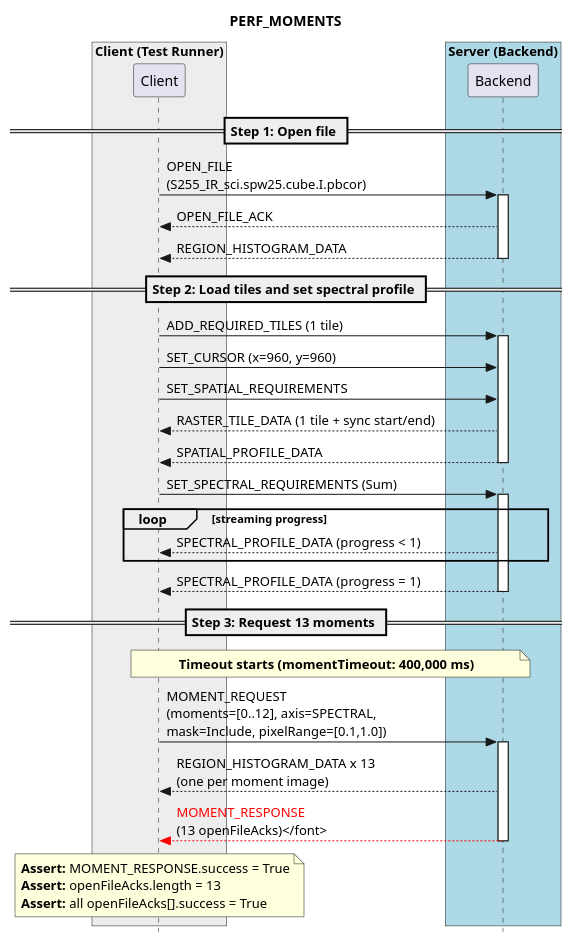
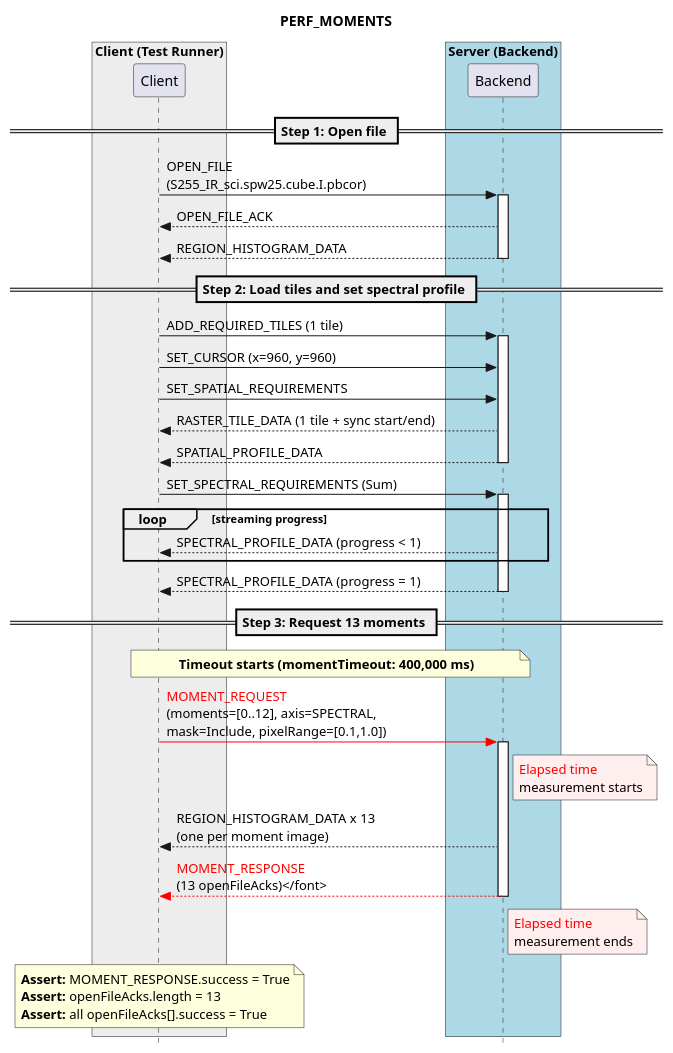
One commit to CARTAvis/ICD-RxJS changed the seventh of 9 diagrams in docs/source/performance.rst. Above: the diagram before and after it, drawn with PlantUML. The commit also changed other lines of this file, not shown here.

Commit message:
Add elapsed time measurement markers to PERF_MOMENTS diagram

```diff
--- a/docs/source/performance.rst
+++ b/docs/source/performance.rst
@@ -623,57 +624,68 @@
 .. uml::
 
     skinparam style strictuml
     hide footbox
     title PERF_MOMENTS
 
     box "Client (Test Runner)" #EDEDED
         participant Client
     end box
 
     box "Server (Backend)" #lightblue
         participant Backend
     end box
 
     == Step 1: Open file ==
 
     Client -> Backend : OPEN_FILE\n(S255_IR_sci.spw25.cube.I.pbcor)
     activate Backend
     Client <-- Backend : OPEN_FILE_ACK
     Client <-- Backend : REGION_HISTOGRAM_DATA
     deactivate Backend
 
     == Step 2: Load tiles and set spectral profile ==
 
     Client -> Backend : ADD_REQUIRED_TILES (1 tile)
     activate Backend
     Client -> Backend : SET_CURSOR (x=960, y=960)
     Client -> Backend : SET_SPATIAL_REQUIREMENTS
     Client <-- Backend : RASTER_TILE_DATA (1 tile + sync start/end)
     Client <-- Backend : SPATIAL_PROFILE_DATA
     deactivate Backend
 
     Client -> Backend : SET_SPECTRAL_REQUIREMENTS (Sum)
     activate Backend
     loop streaming progress
         Client <-- Backend : SPECTRAL_PROFILE_DATA (progress < 1)
     end
     Client <-- Backend : SPECTRAL_PROFILE_DATA (progress = 1)
     deactivate Backend
 
     == Step 3: Request 13 moments ==
 
     note over Client, Backend
         **Timeout starts (momentTimeout: 400,000 ms)**
     end note
 
-    Client -> Backend : MOMENT_REQUEST\n(moments=[0..12], axis=SPECTRAL,\nmask=Include, pixelRange=[0.1,1.0])
+    Client -[#red]> Backend : <font color="red">MOMENT_REQUEST</font>\n(moments=[0..12], axis=SPECTRAL,\nmask=Include, pixelRange=[0.1,1.0])
     activate Backend
+
+    note right of Backend #FFEEEE
+        <font color="red">Elapsed time
+        measurement starts
+    end note
+
     Client <-- Backend : REGION_HISTOGRAM_DATA x 13\n(one per moment image)
     Client <--[#red] Backend : <font color="red">MOMENT_RESPONSE\n(13 openFileAcks)</font>
     deactivate Backend
+
+    note right of Backend #FFEEEE
+        <font color="red">Elapsed time
+        measurement ends
+    end note
 
     note over Client
         **Assert:** MOMENT_RESPONSE.success = True
         **Assert:** openFileAcks.length = 13
         **Assert:** all openFileAcks[].success = True
     end note
```
